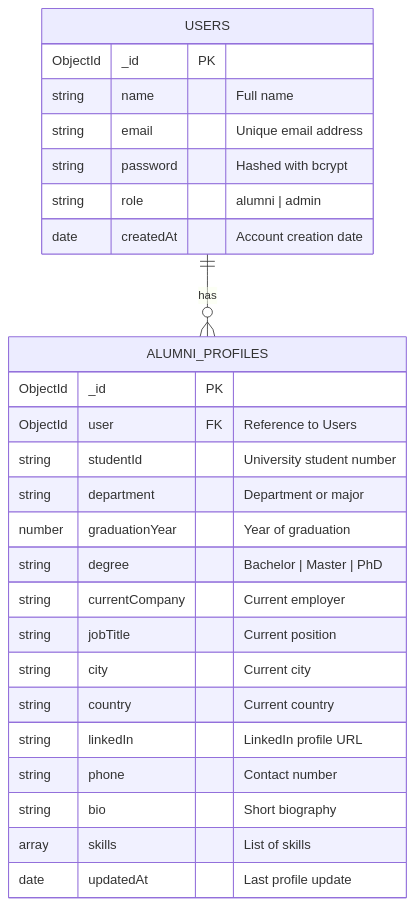
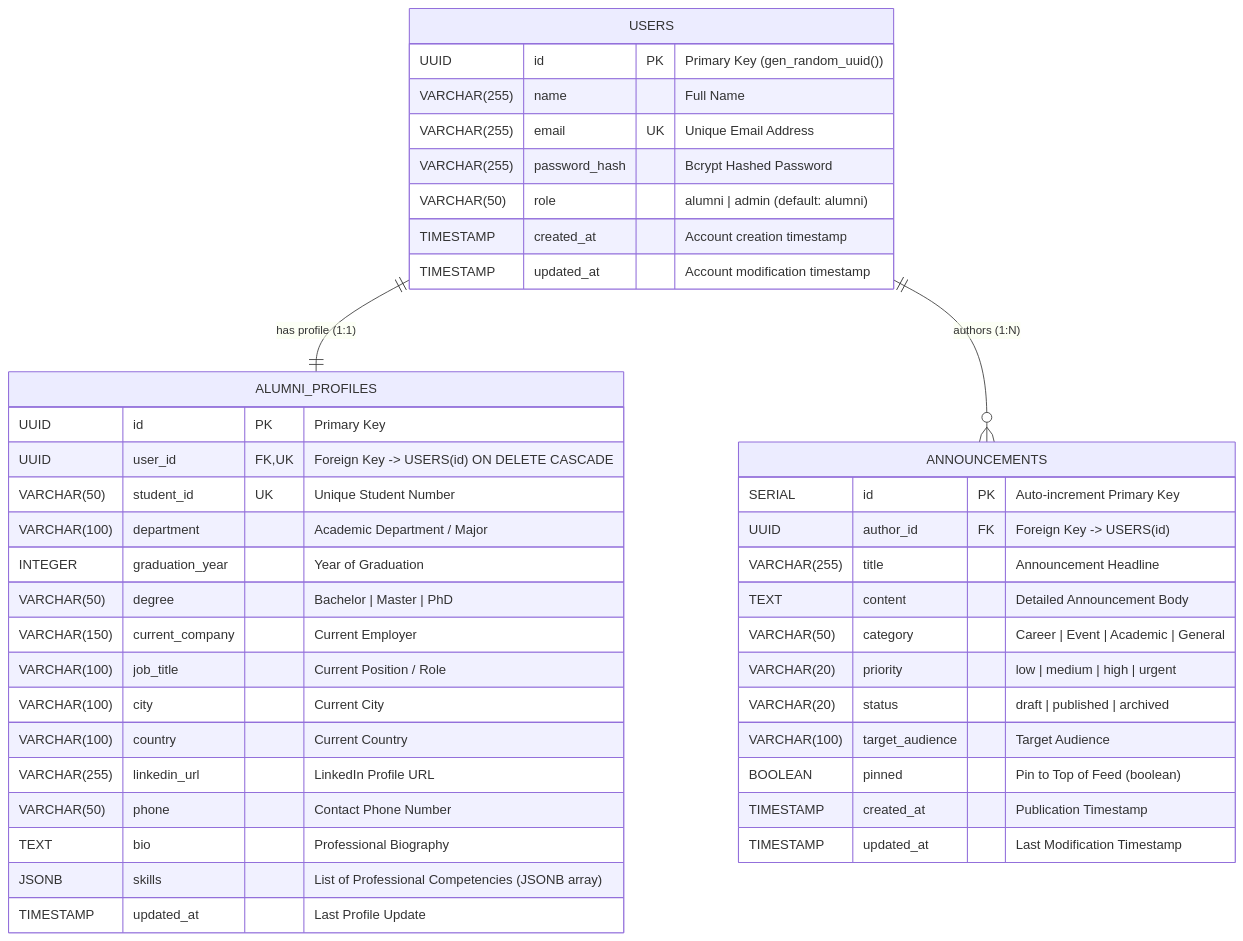
The fourth of 4 diagrams in README.md (mehmetrasid0/Alumni), drawn with Mermaid before and after one commit. The commit also changed other lines of this file, not shown here.

Commit message:
docs: update database architecture to PostgreSQL with evaluation analysis and ER schema

````diff
--- a/README.md
+++ b/README.md
@@ -520,30 +543,47 @@
 ```mermaid
 erDiagram
-    USERS ||--o{ ALUMNI_PROFILES : has
+    USERS ||--|| ALUMNI_PROFILES : "has profile (1:1)"
+    USERS ||--o{ ANNOUNCEMENTS : "authors (1:N)"
+
     USERS {
-        ObjectId _id PK
-        string name "Full name"
-        string email "Unique email address"
-        string password "Hashed with bcrypt"
-        string role "alumni | admin"
-        date createdAt "Account creation date"
+        UUID id PK "Primary Key (gen_random_uuid())"
+        VARCHAR(255) name "Full Name"
+        VARCHAR(255) email UK "Unique Email Address"
+        VARCHAR(255) password_hash "Bcrypt Hashed Password"
+        VARCHAR(50) role "alumni | admin (default: alumni)"
+        TIMESTAMP created_at "Account creation timestamp"
+        TIMESTAMP updated_at "Account modification timestamp"
     }
 
     ALUMNI_PROFILES {
-        ObjectId _id PK
-        ObjectId user FK "Reference to Users"
-        string studentId "University student number"
-        string department "Department or major"
-        number graduationYear "Year of graduation"
-        string degree "Bachelor | Master | PhD"
-        string currentCompany "Current employer"
-        string jobTitle "Current position"
-        string city "Current city"
-        string country "Current country"
-        string linkedIn "LinkedIn profile URL"
-        string phone "Contact number"
-        string bio "Short biography"
-        array skills "List of skills"
-        date updatedAt "Last profile update"
+        UUID id PK "Primary Key"
+        UUID user_id FK,UK "Foreign Key -> USERS(id) ON DELETE CASCADE"
+        VARCHAR(50) student_id UK "Unique Student Number"
+        VARCHAR(100) department "Academic Department / Major"
+        INTEGER graduation_year "Year of Graduation"
+        VARCHAR(50) degree "Bachelor | Master | PhD"
+        VARCHAR(150) current_company "Current Employer"
+        VARCHAR(100) job_title "Current Position / Role"
+        VARCHAR(100) city "Current City"
+        VARCHAR(100) country "Current Country"
+        VARCHAR(255) linkedin_url "LinkedIn Profile URL"
+        VARCHAR(50) phone "Contact Phone Number"
+        TEXT bio "Professional Biography"
+        JSONB skills "List of Professional Competencies (JSONB array)"
+        TIMESTAMP updated_at "Last Profile Update"
+    }
+
+    ANNOUNCEMENTS {
+        SERIAL id PK "Auto-increment Primary Key"
+        UUID author_id FK "Foreign Key -> USERS(id)"
+        VARCHAR(255) title "Announcement Headline"
+        TEXT content "Detailed Announcement Body"
+        VARCHAR(50) category "Career | Event | Academic | General"
+        VARCHAR(20) priority "low | medium | high | urgent"
+        VARCHAR(20) status "draft | published | archived"
+        VARCHAR(100) target_audience "Target Audience"
+        BOOLEAN pinned "Pin to Top of Feed (boolean)"
+        TIMESTAMP created_at "Publication Timestamp"
+        TIMESTAMP updated_at "Last Modification Timestamp"
     }
 ```
````
